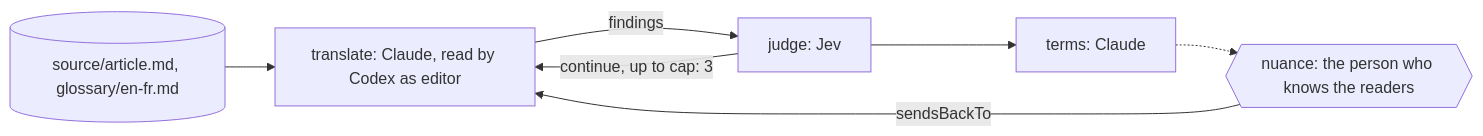
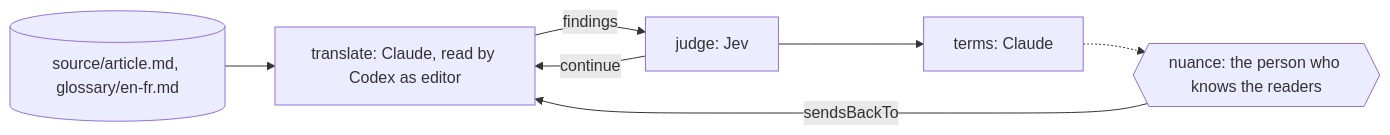
Before and after one commit to jonny981/obversa: the diagram in docs/public/workflows/translate-reflect.mdx, drawn with Mermaid. The commit also changed other lines of this file and 44 other files, not shown here.

````diff
--- a/docs/public/workflows/translate-reflect.mdx
+++ b/docs/public/workflows/translate-reflect.mdx
@@ -299,9 +299,9 @@
 ```mermaid
 flowchart LR
   source[("source/article.md, glossary/en-fr.md")] --> translate["translate: Claude, read by Codex as editor"]
   translate -->|findings| judge["judge: Jev"]
-  judge -->|"continue, up to cap: 3"| translate
+  judge -->|continue| translate
   judge --> terms["terms: Claude"]
   terms -.-> nuance{{"nuance: the person who knows the readers"}}
   nuance -->|sendsBackTo| translate
 ```
````
